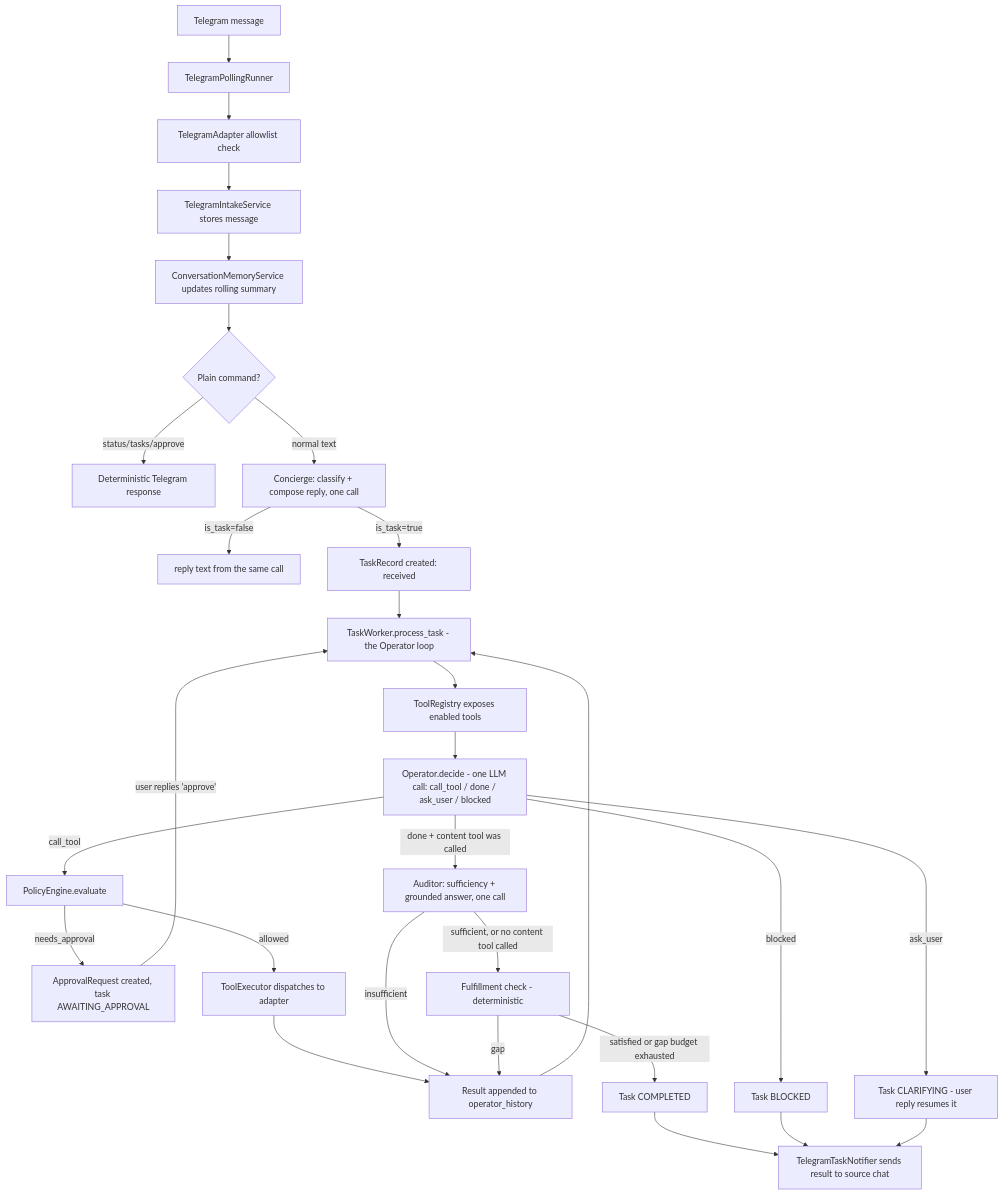
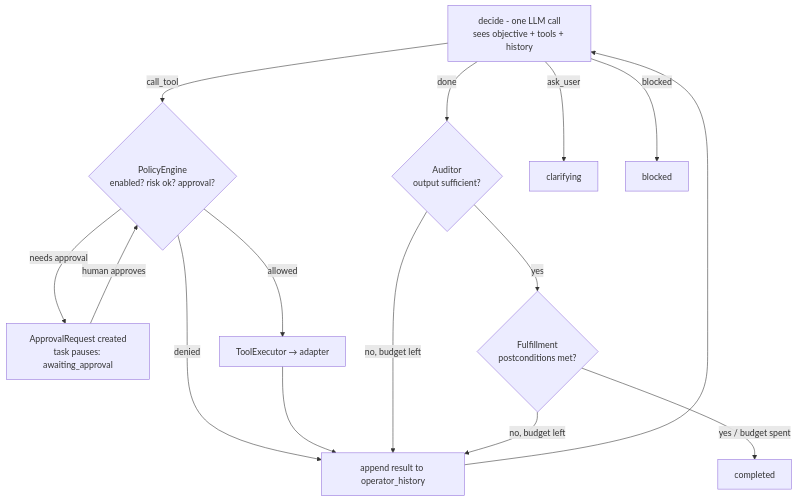
The second of 4 diagrams in docs/ARCHITECTURE.md (iodriller/YBM), drawn with Mermaid before and after one commit. The commit also changed other lines of this file and 12 other files, not shown here.

First line of the commit message:
Rewrite the reference docs around diagrams, and fix what they got wrong

````diff
--- a/docs/ARCHITECTURE.md
+++ b/docs/ARCHITECTURE.md
@@ -88,31 +30,18 @@
 ```mermaid
 flowchart TD
-    A[Telegram message] --> B[TelegramPollingRunner]
-    B --> C[TelegramAdapter allowlist check]
-    C --> D[TelegramIntakeService stores message]
-    D --> Z[ConversationMemoryService updates rolling summary]
-    Z --> X{Plain command?}
-    X -->|status/tasks/approve| Y[Deterministic Telegram response]
-    X -->|normal text| E[Concierge: classify + compose reply, one call]
-    E -->|is_task=false| F[reply text from the same call]
-    E -->|is_task=true| G[TaskRecord created: received]
-    G --> H[TaskWorker.process_task - the Operator loop]
-    H --> HR[ToolRegistry exposes enabled tools]
-    HR --> DEC[Operator.decide - one LLM call: call_tool / done / ask_user / blocked]
-    DEC -->|call_tool| L[PolicyEngine.evaluate]
-    L -->|needs_approval| M[ApprovalRequest created, task AWAITING_APPROVAL]
-    M -->|user replies 'approve'| H
-    L -->|allowed| EXE[ToolExecutor dispatches to adapter]
-    EXE --> REC[Result appended to operator_history]
-    REC --> H
-    DEC -->|ask_user| CLAR[Task CLARIFYING - user reply resumes it]
-    DEC -->|blocked| BLK[Task BLOCKED]
-    DEC -->|done + content tool was called| AUD[Auditor: sufficiency + grounded answer, one call]
-    AUD -->|insufficient| REC
-    AUD -->|sufficient, or no content tool called| FUL[Fulfillment check - deterministic]
-    FUL -->|gap| REC
-    FUL -->|satisfied or gap budget exhausted| DONE[Task COMPLETED]
-    DONE --> T[TelegramTaskNotifier sends result to source chat]
-    BLK --> T
-    CLAR --> T
+    D["decide - one LLM call<br/>sees objective + tools + history"]
+    D -->|call_tool| P{"PolicyEngine<br/>enabled? risk ok? approval?"}
+    P -->|denied| H
+    P -->|needs approval| AP["ApprovalRequest created<br/>task pauses: awaiting_approval"]
+    AP -->|human approves| P
+    P -->|allowed| X["ToolExecutor → adapter"]
+    X --> H["append result to operator_history"]
+    H --> D
+    D -->|done| AUD{"Auditor<br/>output sufficient?"}
+    AUD -->|no, budget left| H
+    AUD -->|yes| FUL{"Fulfillment<br/>postconditions met?"}
+    FUL -->|no, budget left| H
+    FUL -->|yes / budget spent| DONE["completed"]
+    D -->|ask_user| CL["clarifying"]
+    D -->|blocked| BL["blocked"]
 ```
````
